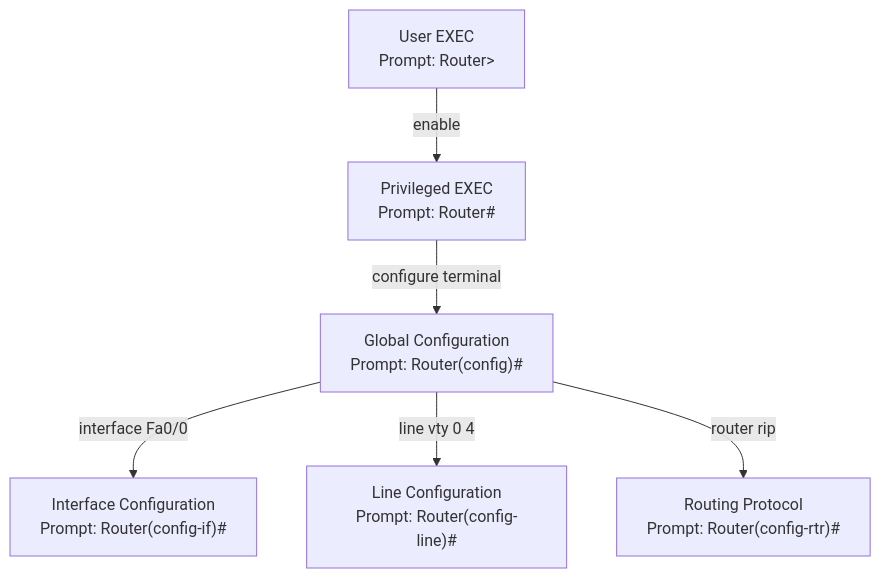
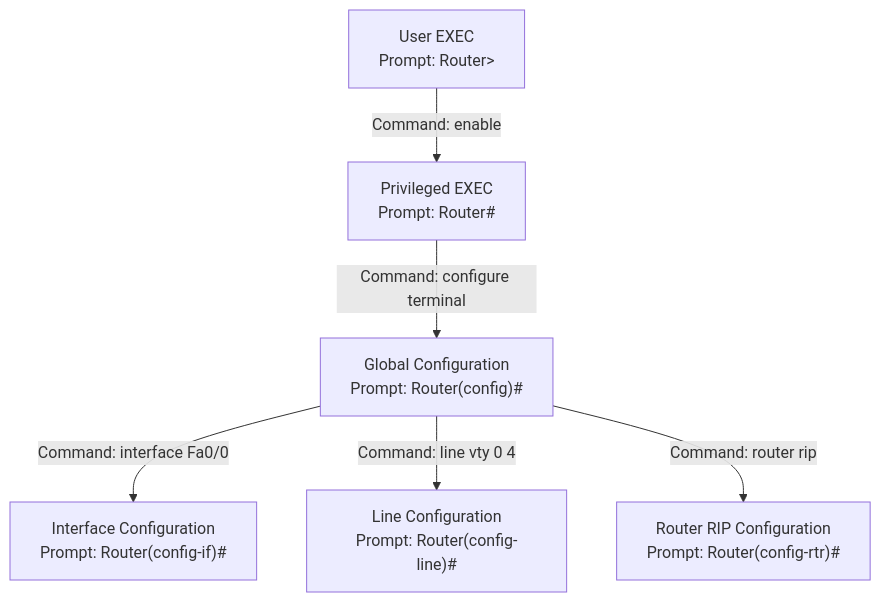
One commit to Vtheonly/Obsidian_Notes changed the diagram in Master 1/S1/Resaux/04 Cisco IOS CLI Reference/04.01 CLI Executive Modes & Prompts.md. Above: the diagram before and after it, drawn with Mermaid. The commit also changed 147 other files, not shown here.

````diff
--- a/Master 1/S1/Resaux/04 Cisco IOS CLI Reference/04.01 CLI Executive Modes & Prompts.md
+++ b/Master 1/S1/Resaux/04 Cisco IOS CLI Reference/04.01 CLI Executive Modes & Prompts.md
@@ -5,9 +5,9 @@
 ```mermaid
 flowchart TD
     UE["User EXEC<br/>Prompt: Router>"]
-    UE -->|enable| PE["Privileged EXEC<br/>Prompt: Router#"]
-    PE -->|configure terminal| GC["Global Configuration<br/>Prompt: Router(config)#"]
-    GC -->|interface Fa0/0| IC["Interface Configuration<br/>Prompt: Router(config-if)#"]
-    GC -->|line vty 0 4| LC["Line Configuration<br/>Prompt: Router(config-line)#"]
-    GC -->|router rip| RC["Routing Protocol<br/>Prompt: Router(config-rtr)#"]
+    UE -->|"Command: enable"| PE["Privileged EXEC<br/>Prompt: Router#"]
+    PE -->|"Command: configure terminal"| GC["Global Configuration<br/>Prompt: Router(config)#"]
+    GC -->|"Command: interface Fa0/0"| IC["Interface Configuration<br/>Prompt: Router(config-if)#"]
+    GC -->|"Command: line vty 0 4"| LC["Line Configuration<br/>Prompt: Router(config-line)#"]
+    GC -->|"Command: router rip"| RC["Router RIP Configuration<br/>Prompt: Router(config-rtr)#"]
 ```
````
